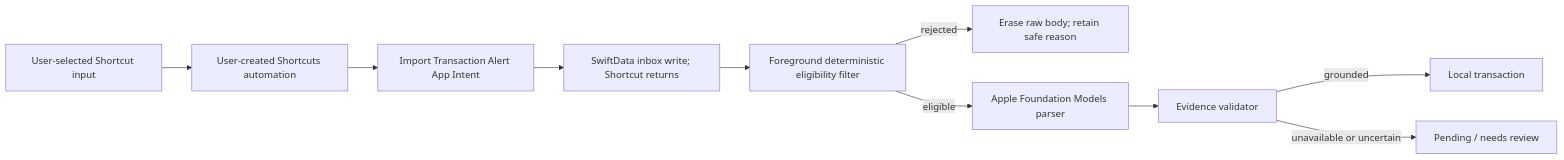
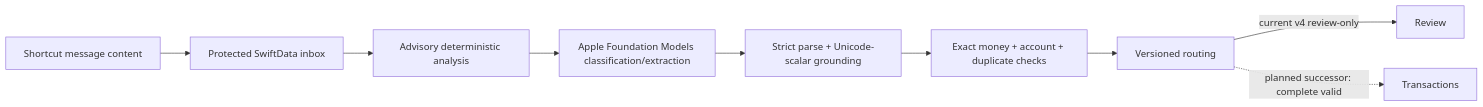
The diagram in docs/architecture.md (ManishAradwad/pocket-financer-ios), drawn with Mermaid before and after one commit. The commit also changed other lines of this file and 7 other files, not shown here.

````diff
--- a/docs/architecture.md
+++ b/docs/architecture.md
@@ -7,12 +17,11 @@
 ```mermaid
 flowchart LR
-    A["User-selected Shortcut input"] --> B["User-created Shortcuts automation"]
-    B --> C["Import Transaction Alert App Intent"]
-    C --> D["SwiftData inbox write; Shortcut returns"]
-    D --> E["Foreground deterministic eligibility filter"]
-    E -->|rejected| F["Erase raw body; retain safe reason"]
-    E -->|eligible| G["Apple Foundation Models parser"]
-    G --> H["Evidence validator"]
-    H -->|grounded| I["Local transaction"]
-    H -->|unavailable or uncertain| J["Pending / needs review"]
+    A["Shortcut message content"] --> B["Protected SwiftData inbox"]
+    B --> C["Advisory deterministic analysis"]
+    C --> D["Apple Foundation Models classification/extraction"]
+    D --> E["Strict parse + Unicode-scalar grounding"]
+    E --> F["Exact money + account + duplicate checks"]
+    F --> G["Versioned routing"]
+    G -->|"current v4 review-only"| H["Review"]
+    G -.->|"planned successor: complete valid"| I["Transactions"]
 ```
````
